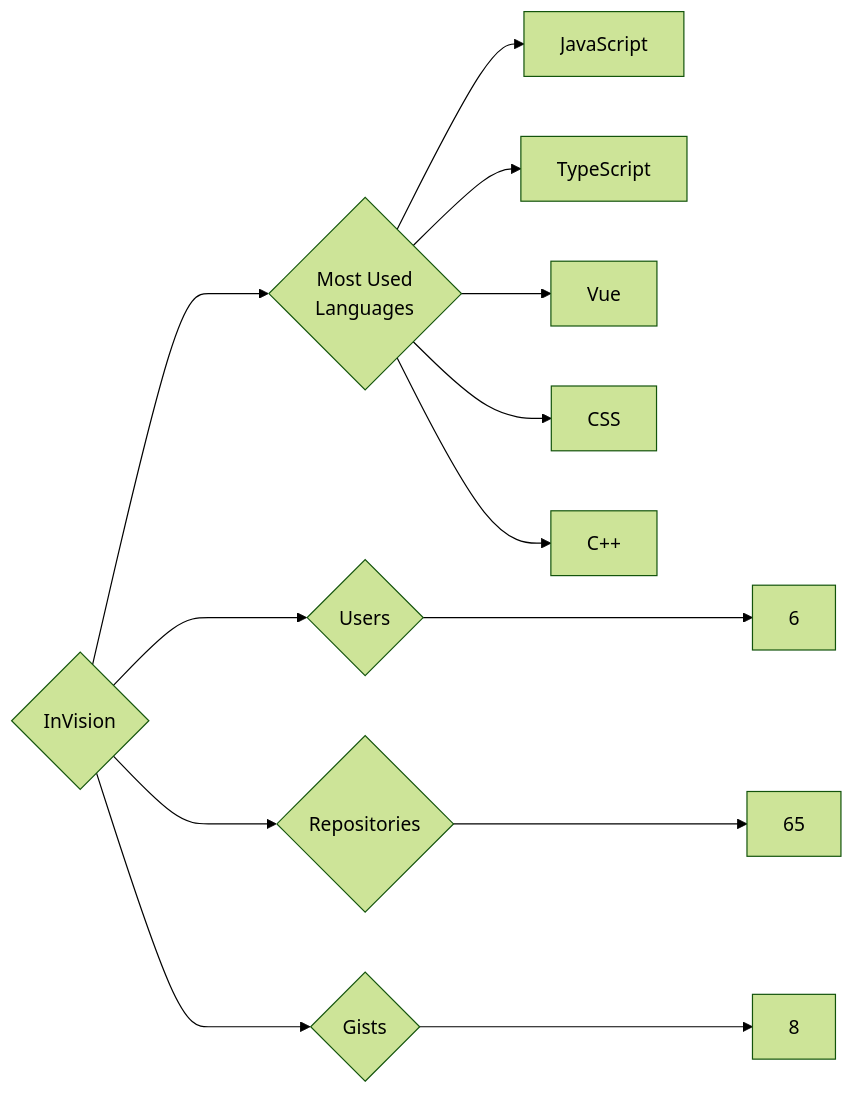
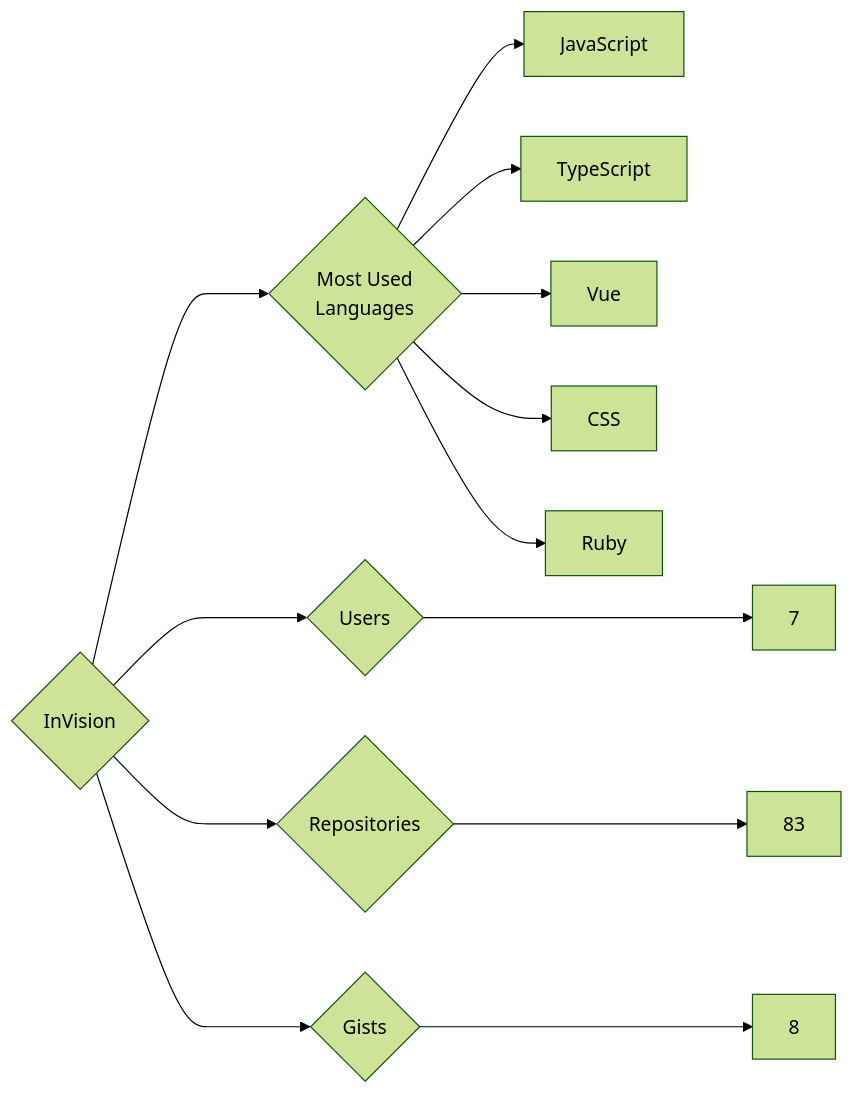
One commit to trickest/insiders changed the diagram in targets/InVision/README.md. Above: the diagram before and after it, drawn with Mermaid (forest theme). The commit also changed 679 other files, not shown here.

````diff
--- a/targets/InVision/README.md
+++ b/targets/InVision/README.md
@@ -3,13 +3,13 @@
 ```mermaid
 graph LR
 COMPANY_NAME{InVision}
-COMPANY_NAME ---> U{Users} ---> UN[6]
-COMPANY_NAME ---> R{Repositories} ---> RN[65]
+COMPANY_NAME ---> U{Users} ---> UN[7]
+COMPANY_NAME ---> R{Repositories} ---> RN[83]
 COMPANY_NAME ---> G{Gists} ---> GN[8]
 COMPANY_NAME ---> ML{Most Used<br>Languages}
 ML --> JavaScript[JavaScript]
 ML --> TypeScript[TypeScript]
 ML --> Vue[Vue]
 ML --> CSS[CSS]
-ML --> C++[C++]
+ML --> Ruby[Ruby]
 ```
````
